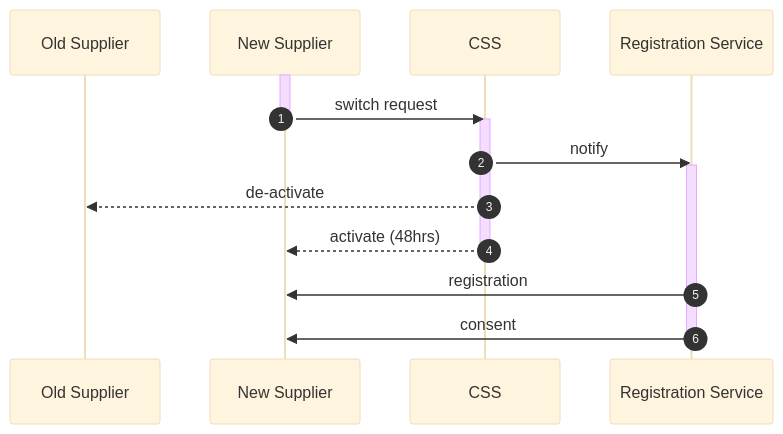
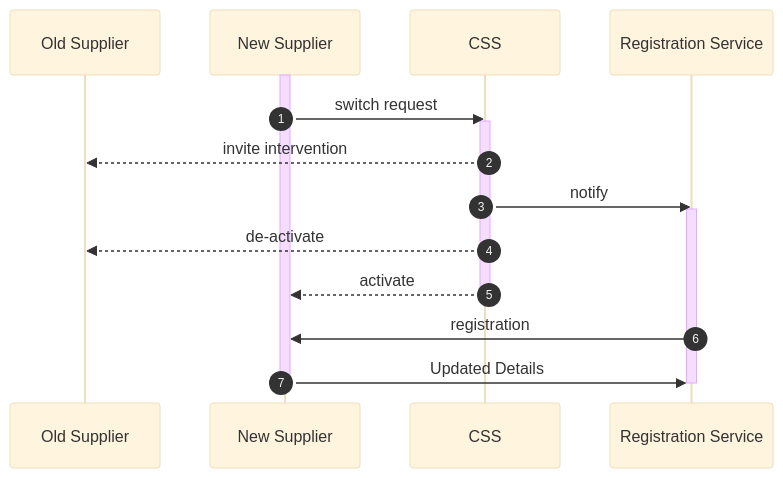
The diagram in mkdocs/docs/energy/MHHS/CoS.md (andyvroberts/strawberry), drawn with Mermaid (base theme) before and after one commit. The commit also changed other lines of this file and 1 other file, not shown here.

````diff
--- a/mkdocs/docs/energy/MHHS/CoS.md
+++ b/mkdocs/docs/energy/MHHS/CoS.md
@@ -4,20 +5,21 @@
 ```mermaid
 sequenceDiagram
     autonumber
     participant Old Supplier
     participant New Supplier
     Participant CSS
     Participant Registration Service
     activate New Supplier
     New Supplier ->> CSS: switch request
-    deactivate New Supplier
     activate CSS
+    CSS-->>Old Supplier: invite intervention
     CSS->>Registration Service: notify
     activate Registration Service
     CSS-->>Old Supplier: de-activate
-    CSS-->>New Supplier: activate (48hrs)
+    CSS-->>New Supplier: activate
     deactivate CSS
     Registration Service->>New Supplier: registration
-    Registration Service->>New Supplier: consent
+    New Supplier->>Registration Service: Updated Details
     deactivate Registration Service
+    deactivate New Supplier
 ```
````
